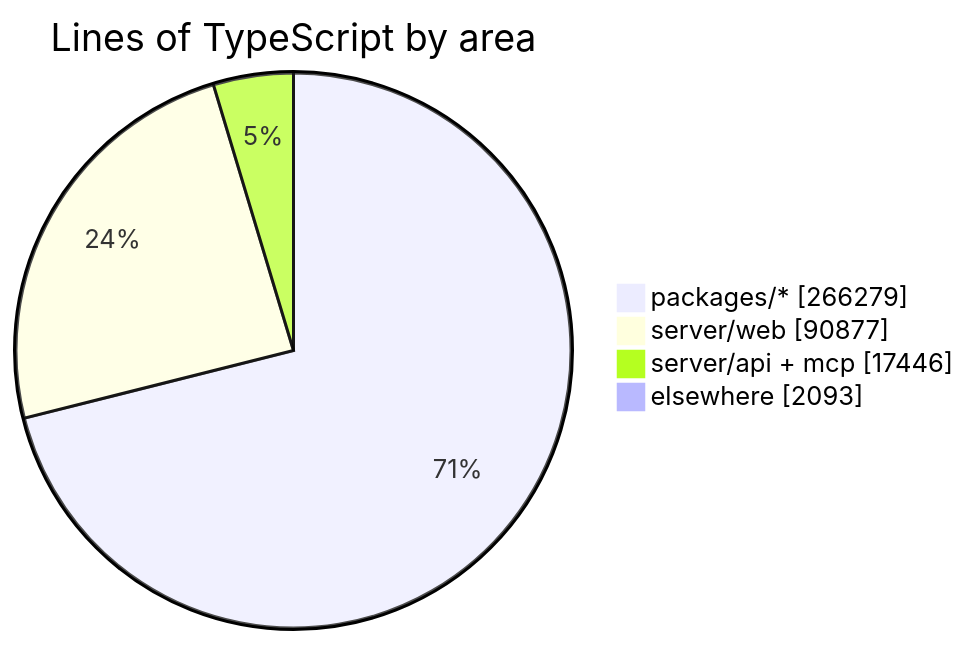
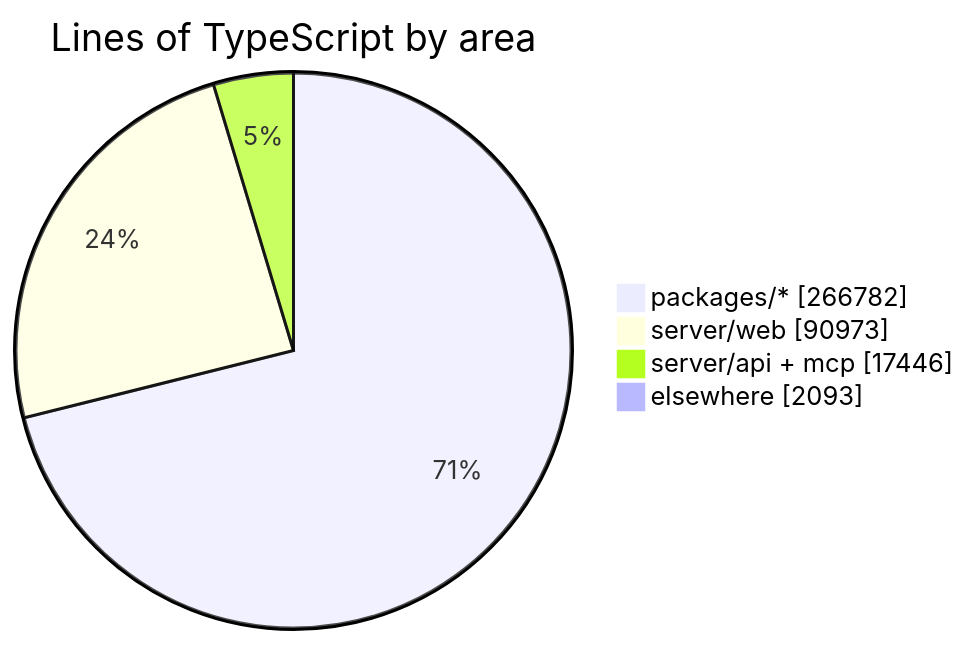
The diagram in README.md (crossworks-engineering/mantle), drawn with Mermaid before and after one commit. The commit also changed other lines of this file and 2 other files, not shown here.

````diff
--- a/README.md
+++ b/README.md
@@ -287,7 +287,7 @@
 ```mermaid
 pie showData title Lines of TypeScript by area
-    "packages/*" : 266279
-    "server/web" : 90877
+    "packages/*" : 266782
+    "server/web" : 90973
     "server/api + mcp" : 17446
     "elsewhere" : 2093
 ```
````
